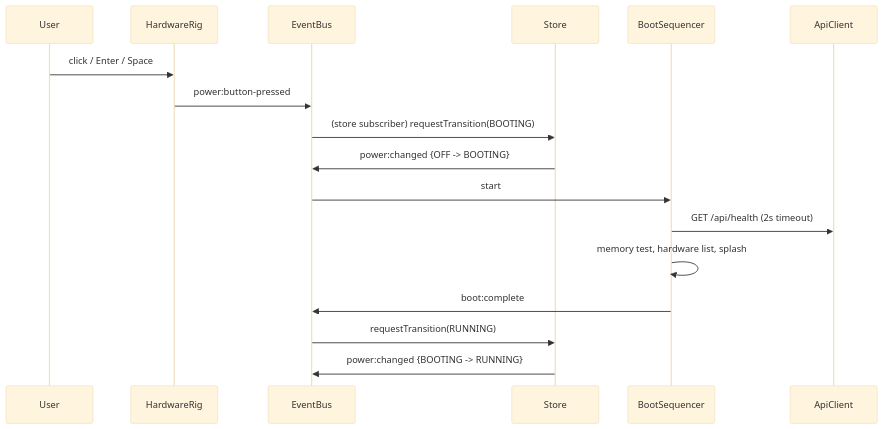
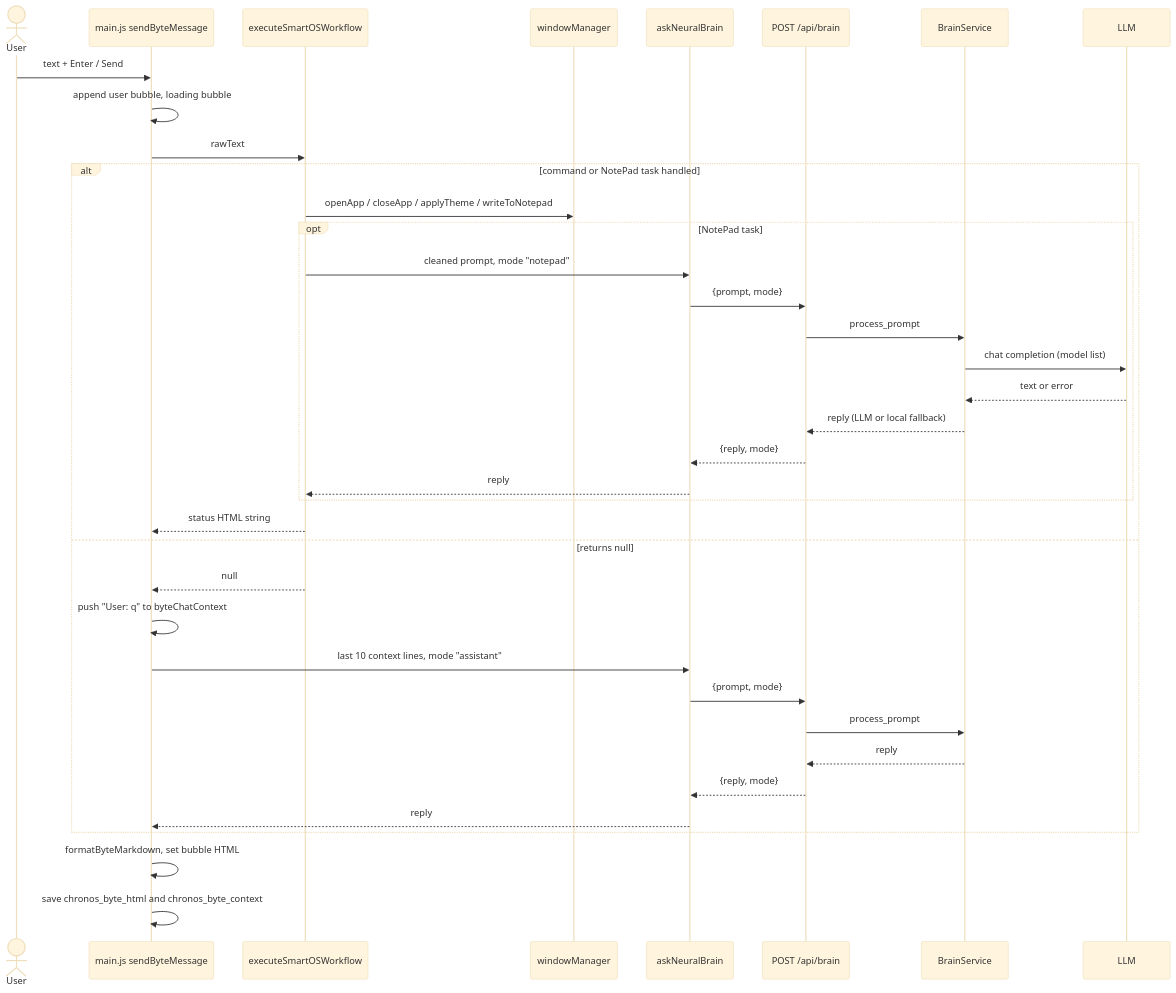
One commit to FlameXop/Chronos95 changed the third of 4 diagrams in .kiro/specs/chronos-95-retro-os/design.md. Above: the diagram before and after it, drawn with Mermaid (base theme). The commit also changed other lines of this file and 2 other files, not shown here.

````diff
--- a/.kiro/specs/chronos-95-retro-os/design.md
+++ b/.kiro/specs/chronos-95-retro-os/design.md
@@ -68,19 +94,40 @@
 ```mermaid
 sequenceDiagram
-  participant U as User
-  participant R as HardwareRig
-  participant B as EventBus
-  participant S as Store
-  participant BS as BootSequencer
-  participant A as ApiClient
-  U->>R: click / Enter / Space
-  R->>B: power:button-pressed
-  B->>S: (store subscriber) requestTransition(BOOTING)
-  S->>B: power:changed {OFF -> BOOTING}
-  B->>BS: start
-  BS->>A: GET /api/health (2s timeout)
-  BS->>BS: memory test, hardware list, splash
-  BS->>B: boot:complete
-  B->>S: requestTransition(RUNNING)
-  S->>B: power:changed {BOOTING -> RUNNING}
+  actor U as User
+  participant M as main.js sendByteMessage
+  participant W as executeSmartOSWorkflow
+  participant WM as windowManager
+  participant C as askNeuralBrain
+  participant B as POST /api/brain
+  participant S as BrainService
+  participant L as LLM
+
+  U->>M: text + Enter / Send
+  M->>M: append user bubble, loading bubble
+  M->>W: rawText
+  alt command or NotePad task handled
+    W->>WM: openApp / closeApp / applyTheme / writeToNotepad
+    opt NotePad task
+      W->>C: cleaned prompt, mode "notepad"
+      C->>B: {prompt, mode}
+      B->>S: process_prompt
+      S->>L: chat completion (model list)
+      L-->>S: text or error
+      S-->>B: reply (LLM or local fallback)
+      B-->>C: {reply, mode}
+      C-->>W: reply
+    end
+    W-->>M: status HTML string
+  else returns null
+    W-->>M: null
+    M->>M: push "User: q" to byteChatContext
+    M->>C: last 10 context lines, mode "assistant"
+    C->>B: {prompt, mode}
+    B->>S: process_prompt
+    S-->>B: reply
+    B-->>C: {reply, mode}
+    C-->>M: reply
+  end
+  M->>M: formatByteMarkdown, set bubble HTML
+  M->>M: save chronos_byte_html and chronos_byte_context
 ```
````
